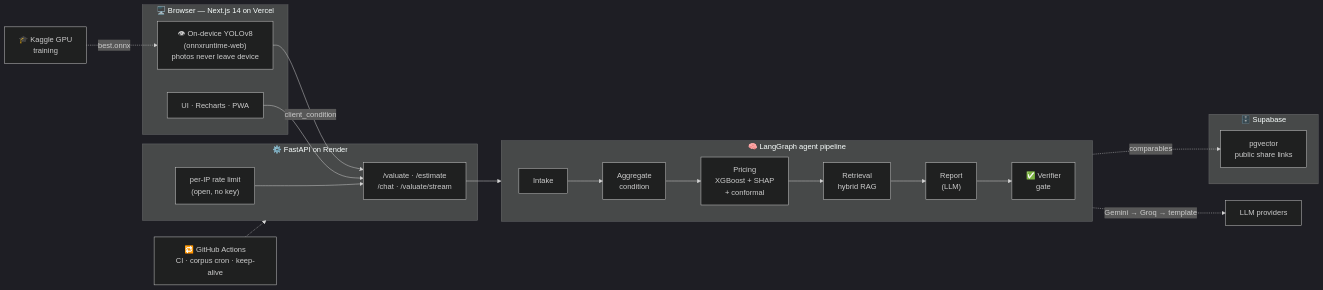
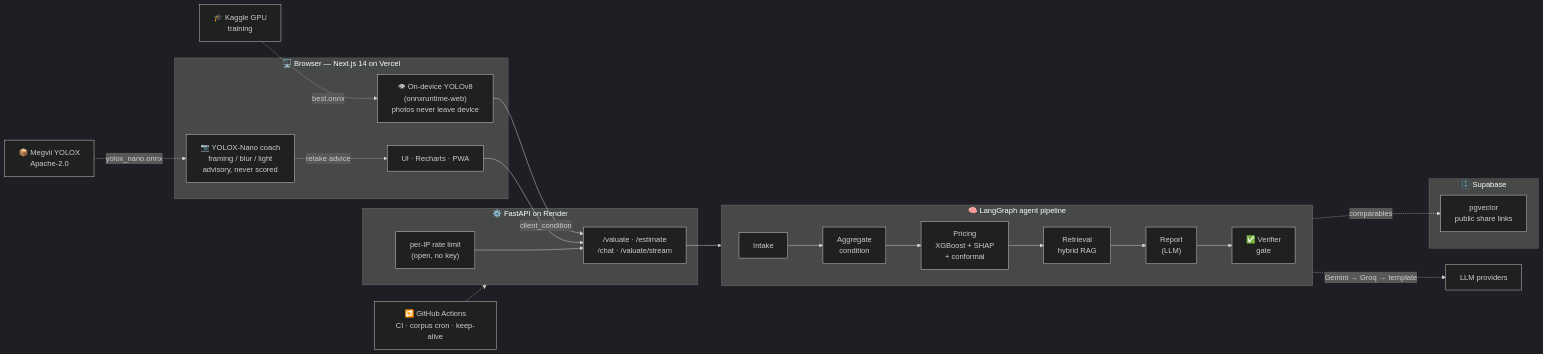
One commit to krish2105/AutoValuate-Intelligence changed the diagram in README.md. Above: the diagram before and after it, drawn with Mermaid (dark theme). The commit also changed other lines of this file and 14 other files, not shown here.

````diff
--- a/README.md
+++ b/README.md
@@ -68,35 +80,38 @@
 ```mermaid
 flowchart LR
     subgraph Client["🖥️ Browser — Next.js 14 on Vercel"]
         UI["UI · Recharts · PWA"]
         CV["👁 On-device YOLOv8<br/>(onnxruntime-web)<br/>photos never leave device"]
+        CO["📷 YOLOX-Nano coach<br/>framing / blur / light<br/>advisory, never scored"]
     end
 
     subgraph API["⚙️ FastAPI on Render"]
         EP["/valuate · /estimate<br/>/chat · /valuate/stream"]
         RL["per-IP rate limit<br/>(open, no key)"]
     end
 
     subgraph Pipeline["🧠 LangGraph agent pipeline"]
         direction LR
         I["Intake"] --> A["Aggregate<br/>condition"]
         A --> P["Pricing<br/>XGBoost + SHAP<br/>+ conformal"]
         P --> R["Retrieval<br/>hybrid RAG"]
         R --> W["Report<br/>(LLM)"]
         W --> V["✅ Verifier<br/>gate"]
     end
 
     subgraph Data["🗄️ Supabase"]
         DB["pgvector<br/>public share links"]
     end
 
+    CO -.->|"retake advice"| UI
     CV -->|"client_condition"| EP
     UI --> EP
     RL --> EP
     EP --> Pipeline
     R -.->|comparables| DB
     W -.->|"Gemini → Groq → template"| LLM["LLM providers"]
 
     Train["🎓 Kaggle GPU<br/>training"] -.->|best.onnx| CV
+    Zoo["📦 Megvii YOLOX<br/>Apache-2.0"] -.->|yolox_nano.onnx| CO
     GH["🔁 GitHub Actions<br/>CI · corpus cron · keep-alive"] -.-> API
 ```
````
